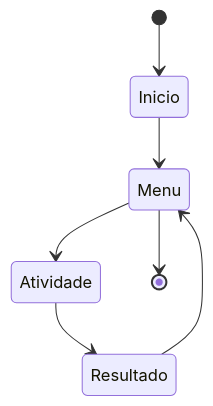
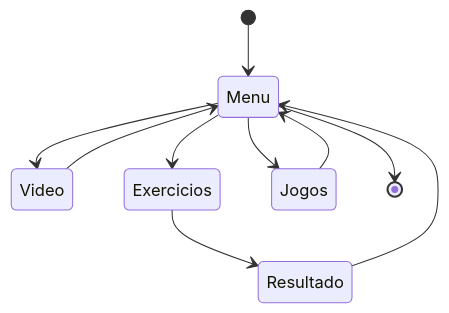
The third of 3 diagrams in README.md (GabrielSouzzza/arnaldo), drawn with Mermaid before and after one commit. The commit also changed other lines of this file, not shown here.

````diff
--- a/README.md
+++ b/README.md
@@ -61,11 +66,15 @@
 ```mermaid
 stateDiagram-v2
-    [*] --> Inicio
+    [*] --> Menu
 
-    Inicio --> Menu
-    Menu --> Atividade
-    Atividade --> Resultado
+    Menu --> Video
+    Menu --> Exercicios
+    Menu --> Jogos
+
+    Video --> Menu
+    Exercicios --> Resultado
     Resultado --> Menu
+    Jogos --> Menu
 
     Menu --> [*]
 ```
````
